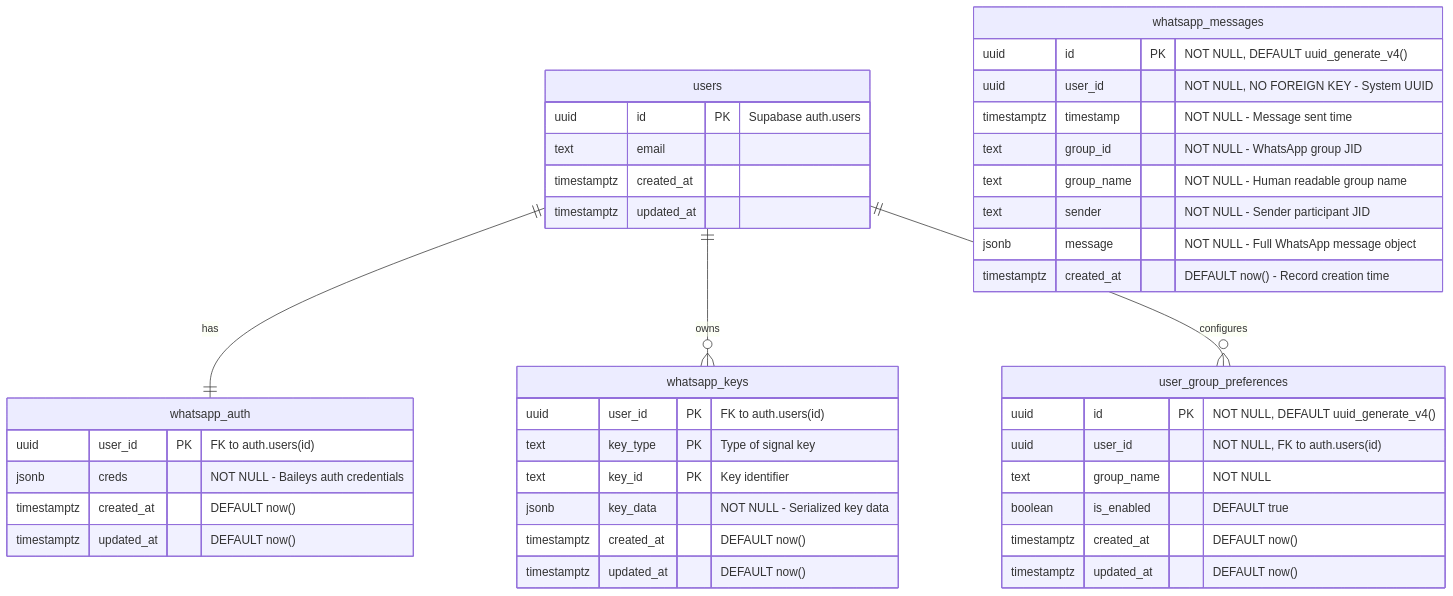
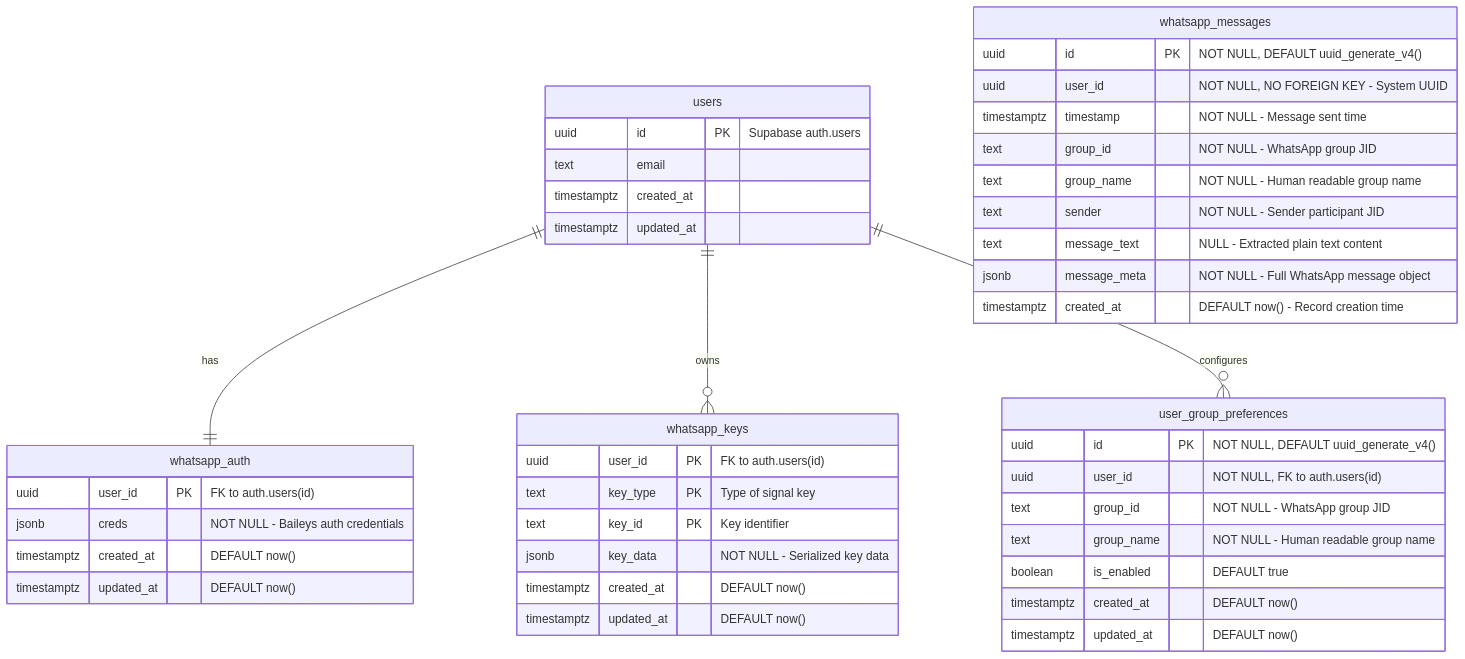
The diagram in docs/erd.md (realestate9x/whatsapp-listings), drawn with Mermaid before and after one commit. The commit also changed other lines of this file and 7 other files, not shown here.

Commit message:
feat: Enhance WhatsApp service with group preferences and message text extraction

````diff
--- a/docs/erd.md
+++ b/docs/erd.md
@@ -69,49 +71,51 @@
 ```mermaid
 erDiagram
     users {
         uuid id PK "Supabase auth.users"
         text email
         timestamptz created_at
         timestamptz updated_at
     }
 
     whatsapp_auth {
         uuid user_id PK "FK to auth.users(id)"
         jsonb creds "NOT NULL - Baileys auth credentials"
         timestamptz created_at "DEFAULT now()"
         timestamptz updated_at "DEFAULT now()"
     }
 
     whatsapp_keys {
         uuid user_id PK "FK to auth.users(id)"
         text key_type PK "Type of signal key"
         text key_id PK "Key identifier"
         jsonb key_data "NOT NULL - Serialized key data"
         timestamptz created_at "DEFAULT now()"
         timestamptz updated_at "DEFAULT now()"
     }
 
     whatsapp_messages {
         uuid id PK "NOT NULL, DEFAULT uuid_generate_v4()"
         uuid user_id "NOT NULL, NO FOREIGN KEY - System UUID"
         timestamptz timestamp "NOT NULL - Message sent time"
         text group_id "NOT NULL - WhatsApp group JID"
         text group_name "NOT NULL - Human readable group name"
         text sender "NOT NULL - Sender participant JID"
-        jsonb message "NOT NULL - Full WhatsApp message object"
+        text message_text "NULL - Extracted plain text content"
+        jsonb message_meta "NOT NULL - Full WhatsApp message object"
         timestamptz created_at "DEFAULT now() - Record creation time"
     }
 
     user_group_preferences {
         uuid id PK "NOT NULL, DEFAULT uuid_generate_v4()"
         uuid user_id "NOT NULL, FK to auth.users(id)"
-        text group_name "NOT NULL"
+        text group_id "NOT NULL - WhatsApp group JID"
+        text group_name "NOT NULL - Human readable group name"
         boolean is_enabled "DEFAULT true"
         timestamptz created_at "DEFAULT now()"
         timestamptz updated_at "DEFAULT now()"
     }
 
     users ||--|| whatsapp_auth : "has"
     users ||--o{ whatsapp_keys : "owns"
     users ||--o{ user_group_preferences : "configures"
 ```
````
